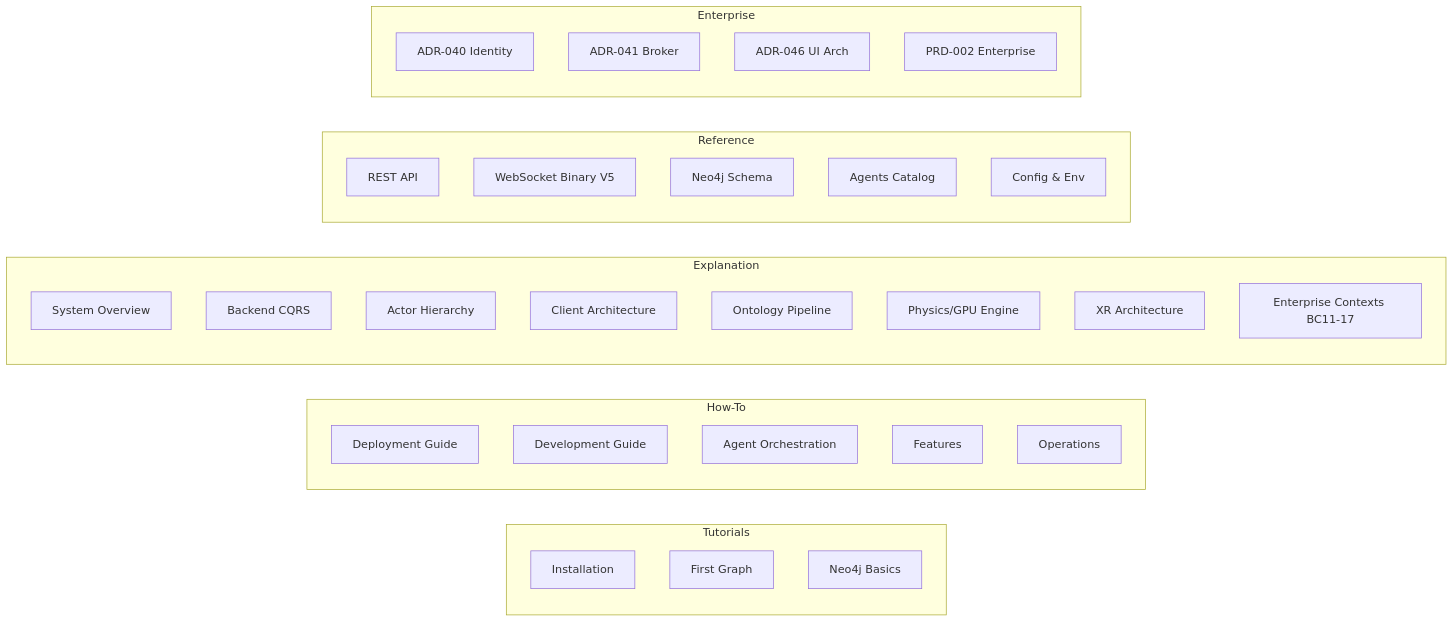
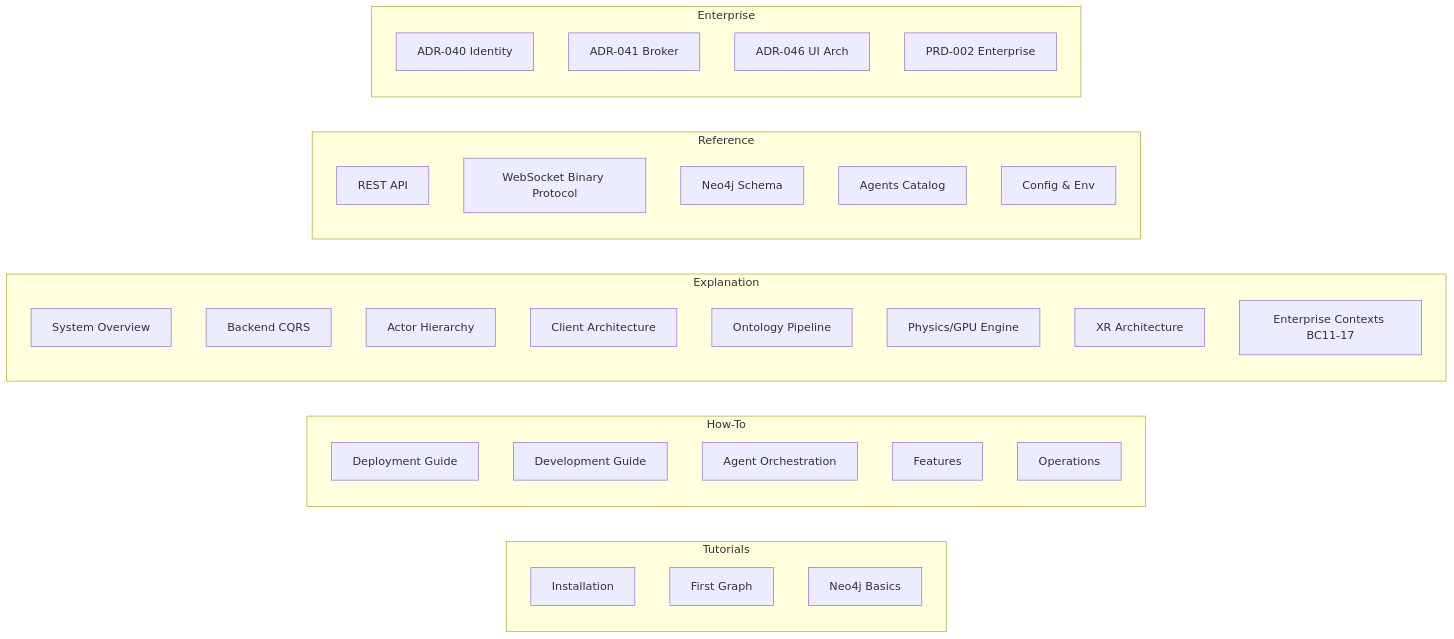
The diagram in docs/README.md (shaneholloman/logseq-spring-thing), drawn with Mermaid before and after one commit. The commit also changed other lines of this file and 29 other files, not shown here.

````diff
--- a/docs/README.md
+++ b/docs/README.md
@@ -45,38 +45,38 @@
 ```mermaid
 graph LR
     subgraph "Tutorials"
         T1[Installation]
         T2[First Graph]
         T3[Neo4j Basics]
     end
     subgraph "How-To"
         H1[Deployment Guide]
         H2[Development Guide]
         H3[Agent Orchestration]
         H4[Features]
         H5[Operations]
     end
     subgraph "Explanation"
         E1[System Overview]
         E2[Backend CQRS]
         E3[Actor Hierarchy]
         E4[Client Architecture]
         E5[Ontology Pipeline]
         E6[Physics/GPU Engine]
         E7[XR Architecture]
         E8[Enterprise Contexts BC11-17]
     end
     subgraph "Reference"
         R1[REST API]
-        R2[WebSocket Binary V5]
+        R2[WebSocket Binary Protocol]
         R3[Neo4j Schema]
         R4[Agents Catalog]
         R5[Config & Env]
     end
     subgraph "Enterprise"
         ADR40[ADR-040 Identity]
         ADR41[ADR-041 Broker]
         ADR46[ADR-046 UI Arch]
         PRD2[PRD-002 Enterprise]
     end
 ```
````
